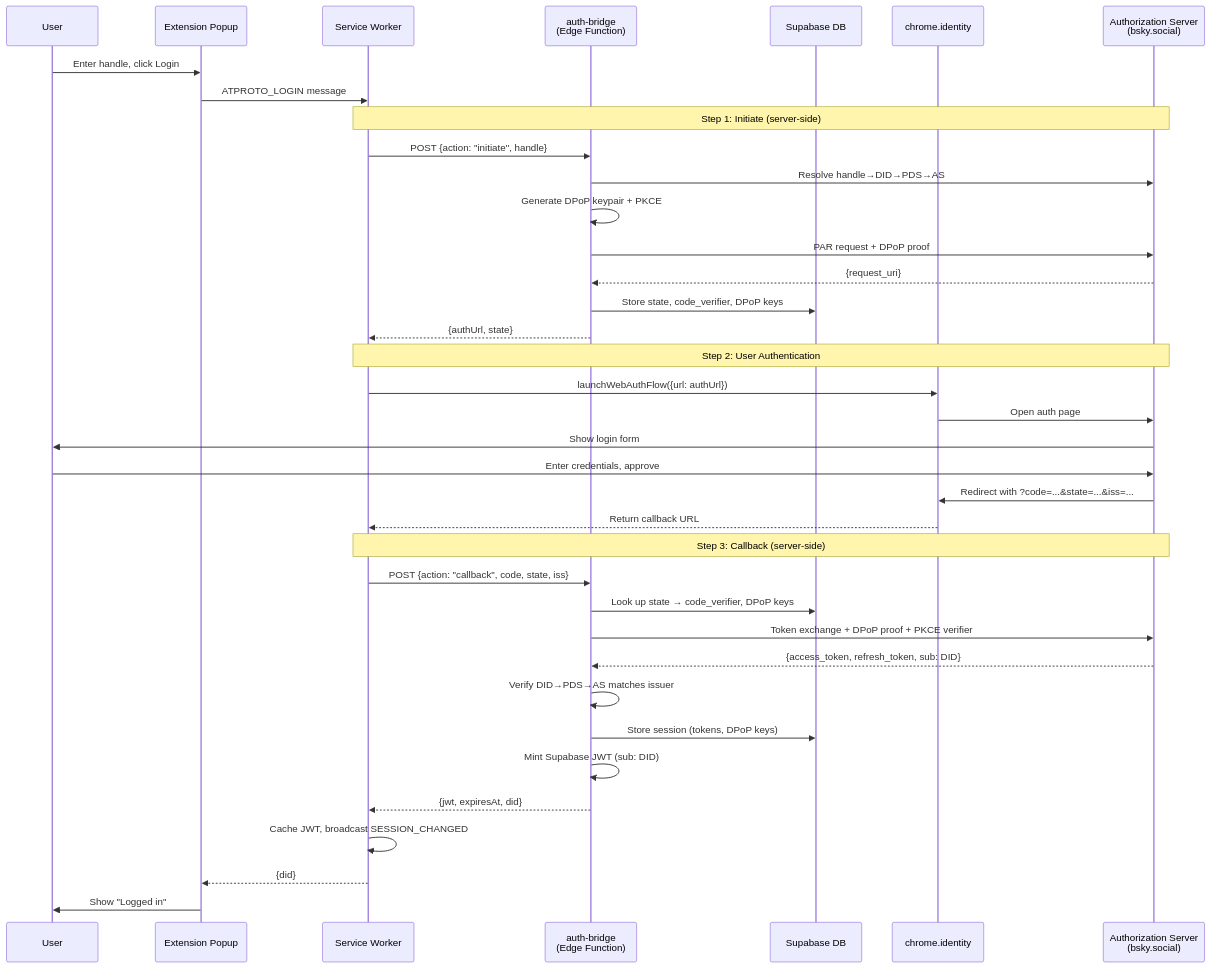
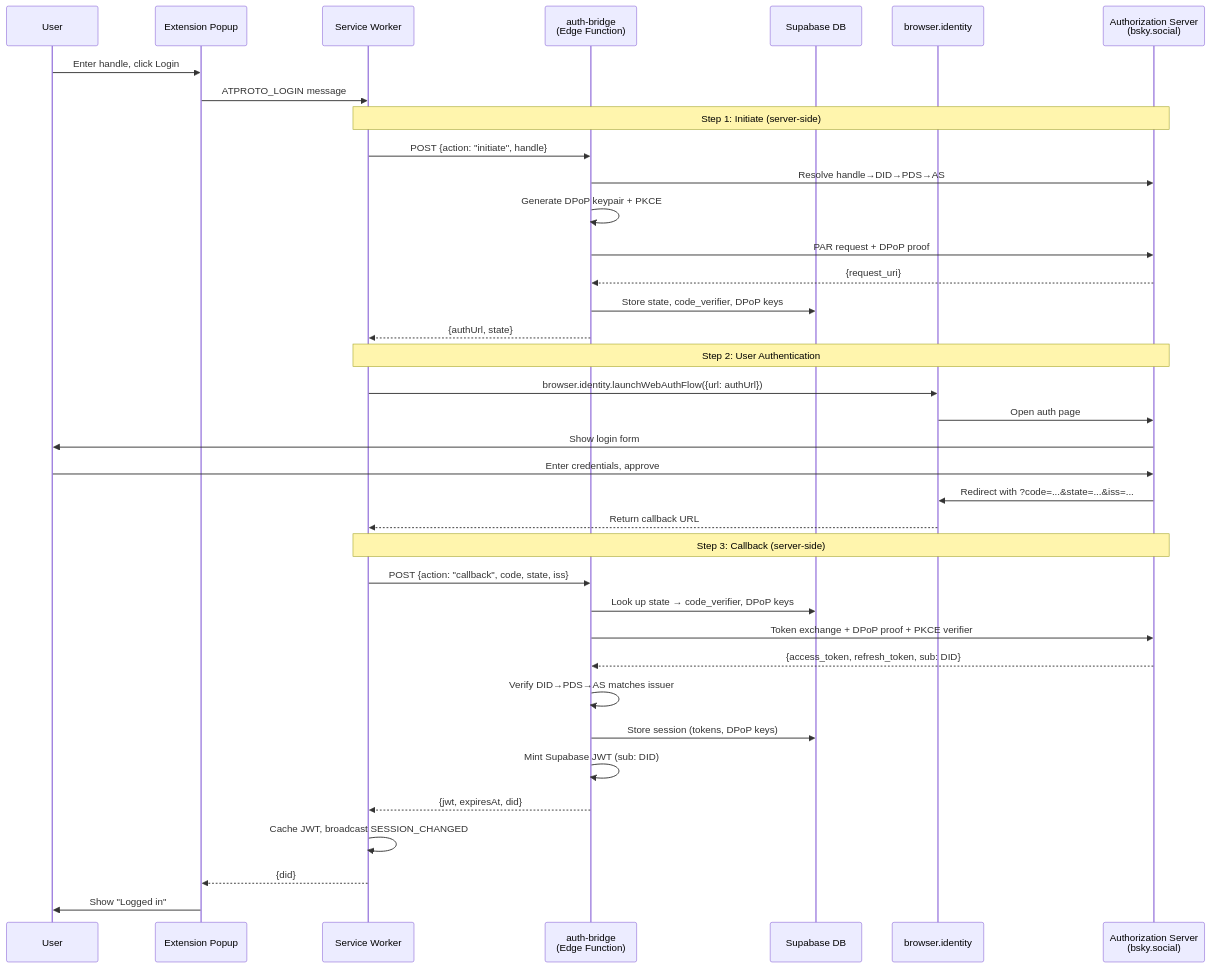
The second of 2 diagrams in PROGRESS.md (fettstorch/mustard), drawn with Mermaid before and after one commit. The commit also changed other lines of this file and 4 other files, not shown here.

````diff
--- a/PROGRESS.md
+++ b/PROGRESS.md
@@ -153,44 +152,44 @@
 ```mermaid
 sequenceDiagram
     participant User
     participant Popup as Extension Popup
     participant SW as Service Worker
     participant Bridge as auth-bridge<br/>(Edge Function)
     participant DB as Supabase DB
-    participant Chrome as chrome.identity
+    participant Chrome as browser.identity
     participant AS as Authorization Server<br/>(bsky.social)
 
     User->>Popup: Enter handle, click Login
     Popup->>SW: ATPROTO_LOGIN message
 
     Note over SW,AS: Step 1: Initiate (server-side)
     SW->>Bridge: POST {action: "initiate", handle}
     Bridge->>AS: Resolve handle→DID→PDS→AS
     Bridge->>Bridge: Generate DPoP keypair + PKCE
     Bridge->>AS: PAR request + DPoP proof
     AS-->>Bridge: {request_uri}
     Bridge->>DB: Store state, code_verifier, DPoP keys
     Bridge-->>SW: {authUrl, state}
 
     Note over SW,AS: Step 2: User Authentication
-    SW->>Chrome: launchWebAuthFlow({url: authUrl})
+    SW->>Chrome: browser.identity.launchWebAuthFlow({url: authUrl})
     Chrome->>AS: Open auth page
     AS->>User: Show login form
     User->>AS: Enter credentials, approve
     AS->>Chrome: Redirect with ?code=...&state=...&iss=...
     Chrome-->>SW: Return callback URL
 
     Note over SW,AS: Step 3: Callback (server-side)
     SW->>Bridge: POST {action: "callback", code, state, iss}
     Bridge->>DB: Look up state → code_verifier, DPoP keys
     Bridge->>AS: Token exchange + DPoP proof + PKCE verifier
     AS-->>Bridge: {access_token, refresh_token, sub: DID}
     Bridge->>Bridge: Verify DID→PDS→AS matches issuer
     Bridge->>DB: Store session (tokens, DPoP keys)
     Bridge->>Bridge: Mint Supabase JWT (sub: DID)
     Bridge-->>SW: {jwt, expiresAt, did}
 
     SW->>SW: Cache JWT, broadcast SESSION_CHANGED
     SW-->>Popup: {did}
     Popup->>User: Show "Logged in"
 ```
````
